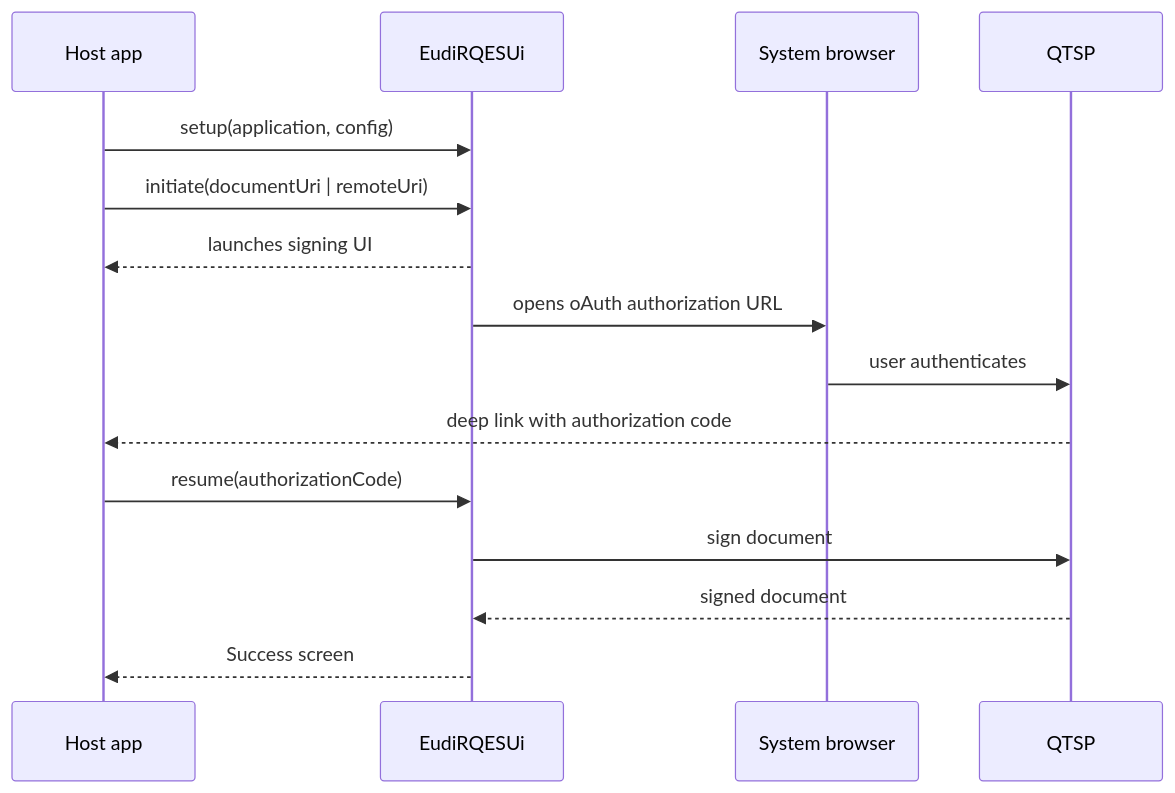
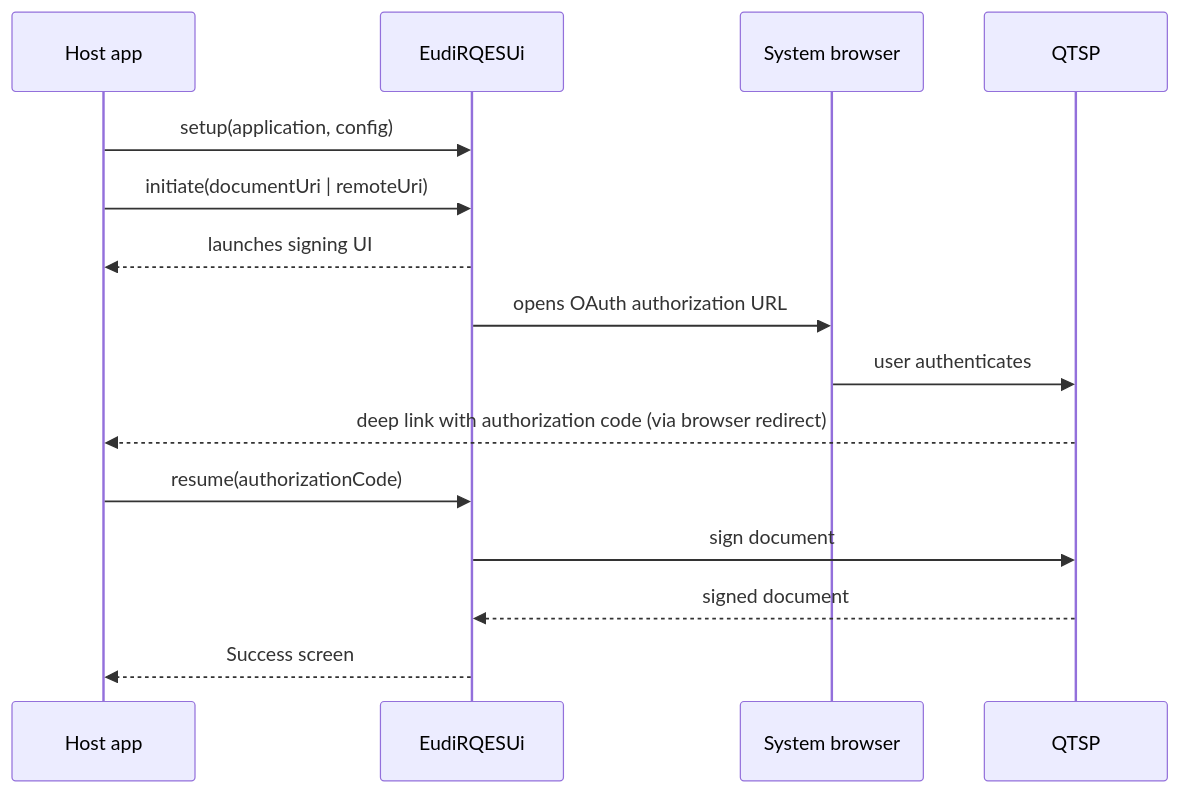
One commit to eu-digital-identity-wallet/eudi-lib-android-rqes-ui changed the diagram in README.md. Above: the diagram before and after it, drawn with Mermaid. The commit also changed other lines of this file and 6 other files, not shown here.

````diff
--- a/README.md
+++ b/README.md
@@ -58,18 +62,18 @@
 ```mermaid
 sequenceDiagram
     participant Host as Host app
     participant SDK as EudiRQESUi
     participant Browser as System browser
     participant QTSP
 
     Host->>SDK: setup(application, config)
     Host->>SDK: initiate(documentUri | remoteUri)
     SDK-->>Host: launches signing UI
-    SDK->>Browser: opens oAuth authorization URL
+    SDK->>Browser: opens OAuth authorization URL
     Browser->>QTSP: user authenticates
-    QTSP-->>Host: deep link with authorization code
+    QTSP-->>Host: deep link with authorization code (via browser redirect)
     Host->>SDK: resume(authorizationCode)
     SDK->>QTSP: sign document
     QTSP-->>SDK: signed document
     SDK-->>Host: Success screen
 ```
````
